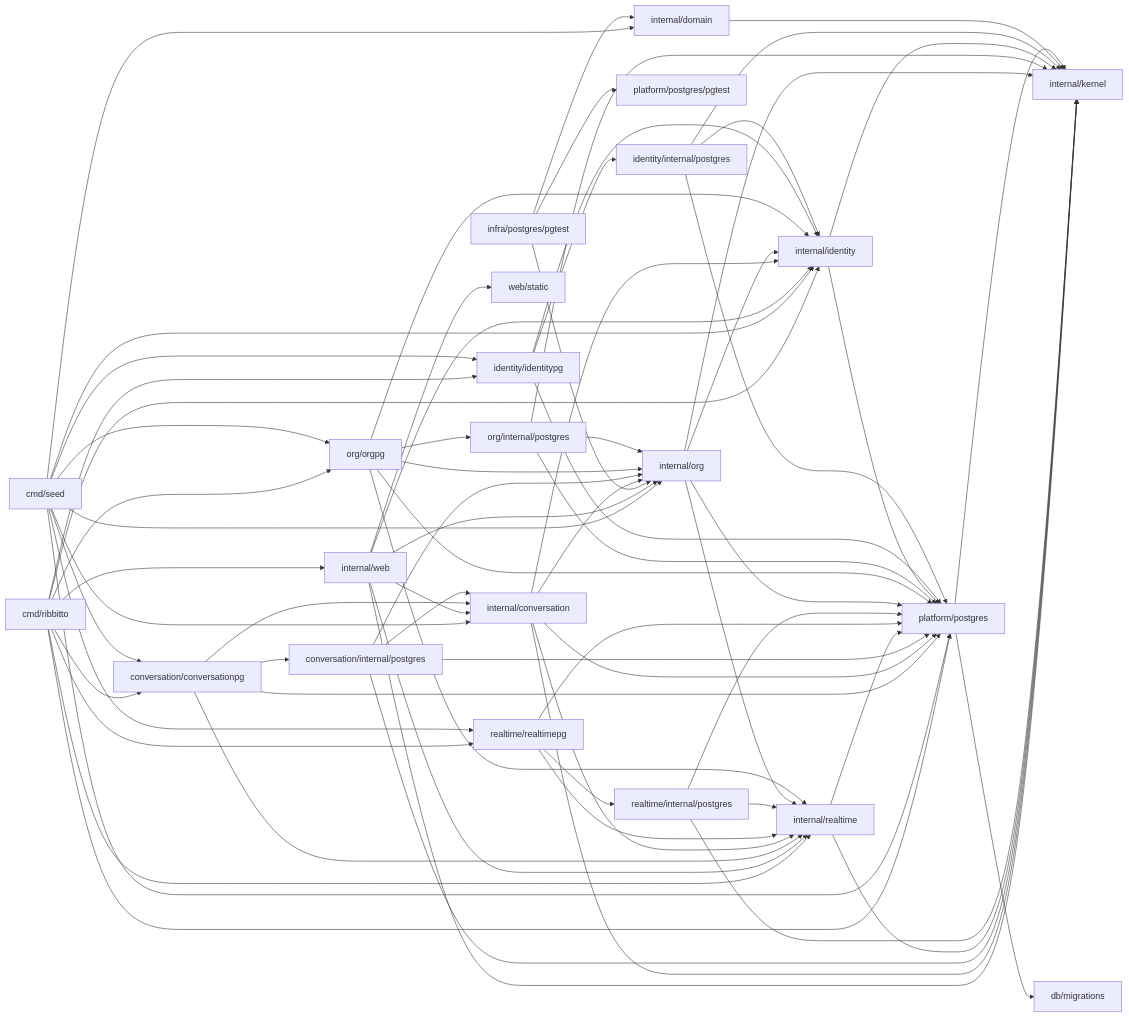
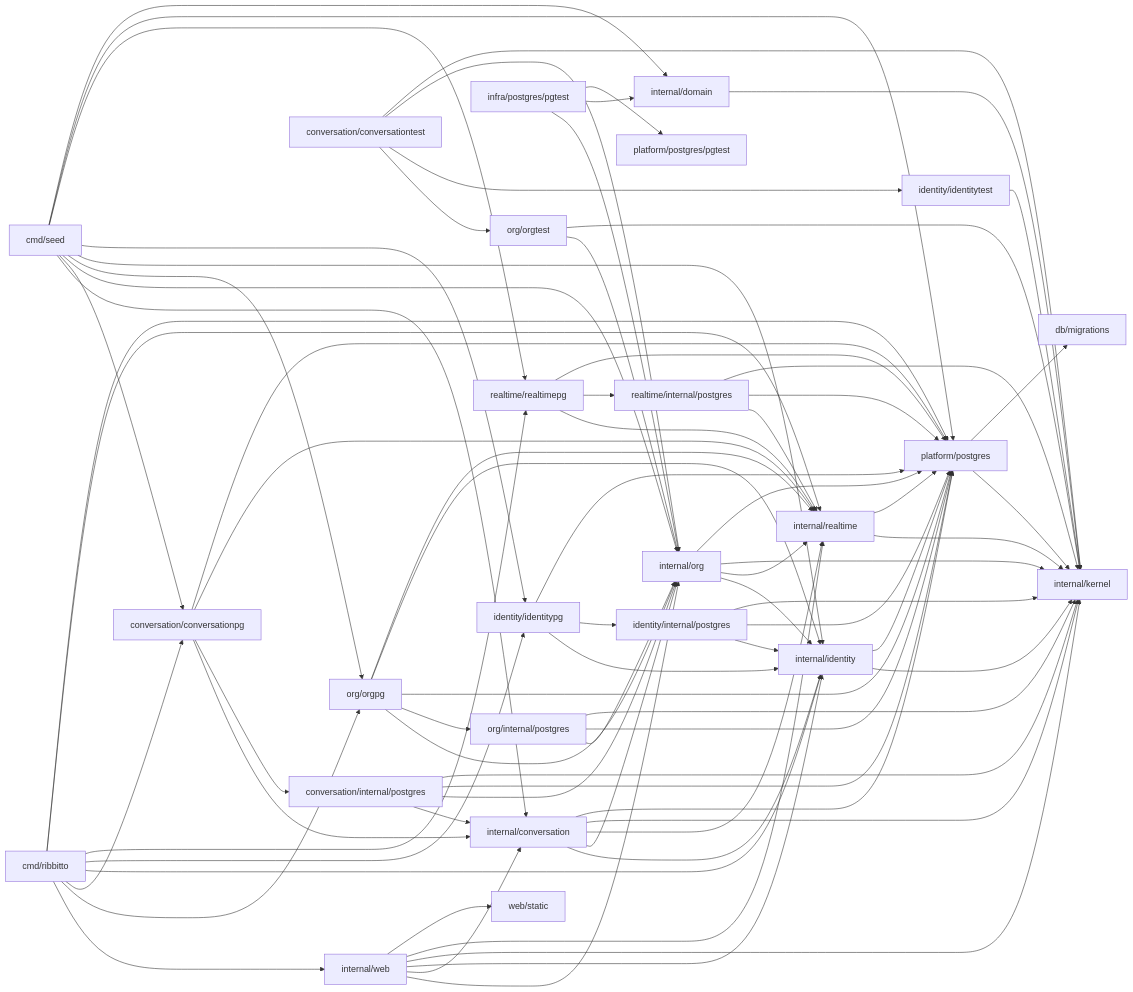
One commit to tkakkie/ribbitto changed the diagram in docs/architecture/packages.md. Above: the diagram before and after it, drawn with Mermaid. The commit also changed other lines of this file and 17 other files, not shown here.

````diff
--- a/docs/architecture/packages.md
+++ b/docs/architecture/packages.md
@@ -38,21 +43,24 @@
 ```mermaid
 flowchart LR
   cmd[cmd/ribbitto] --> web & orgpg[org/orgpg] & conversationpg[conversation/conversationpg] & identity & identitypg[identity/identitypg] & realtimepg & realtime & platform[platform/postgres]
   seed[cmd/seed] --> conversation & conversationpg & org & orgpg & identity & identitypg & realtimepg & platform & domain
   web[internal/web] --> org & conversation & identity & kernel & realtime & static[web/static]
   postgres[infra/postgres/pgtest] --> org & domain & platformpgtest[platform/postgres/pgtest]
   conversationpg --> conversation[internal/conversation] & cstore[conversation/internal/postgres] & realtime & platform
   conversation --> identity & org & realtime & kernel & platform
   cstore --> conversation & org & platform & kernel
+  conversationtest[conversation/conversationtest] --> orgtest[org/orgtest] & identitytest[identity/identitytest] & org & kernel
+  orgtest --> org & kernel
+  identitytest --> kernel
   realtime[internal/realtime] --> kernel & platform
   realtimepg[realtime/realtimepg] --> realtime & rstore[realtime/internal/postgres] & platform
   rstore --> realtime & platform & kernel
   org[internal/org] --> identity & realtime & kernel & platform
   orgpg --> org & ostore[org/internal/postgres] & platform & identity & realtime
   ostore --> org & platform & kernel
   identity[internal/identity] --> kernel & platform
   identitypg --> identity & store[identity/internal/postgres] & platform
   store --> identity & platform & kernel
   domain[internal/domain] --> kernel[internal/kernel]
   platform --> kernel & migrations[db/migrations]
 ```
````
